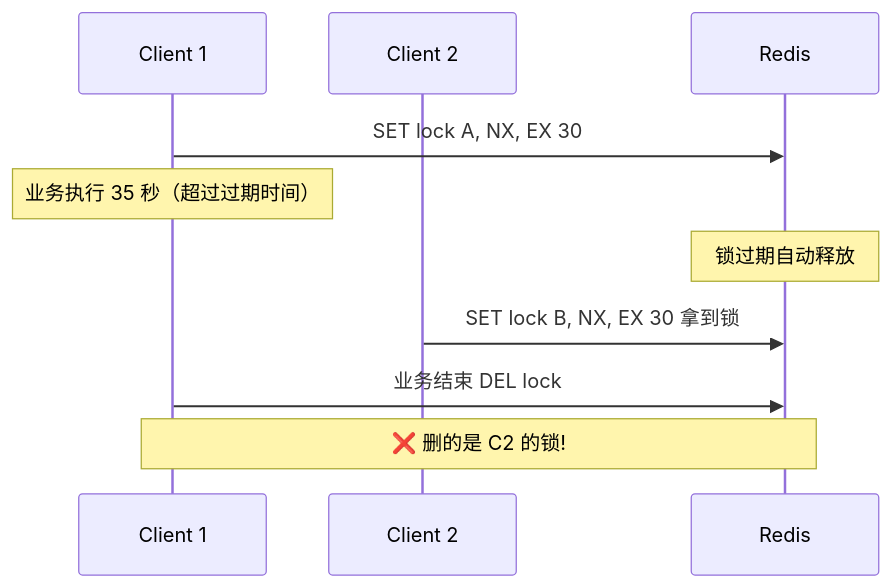
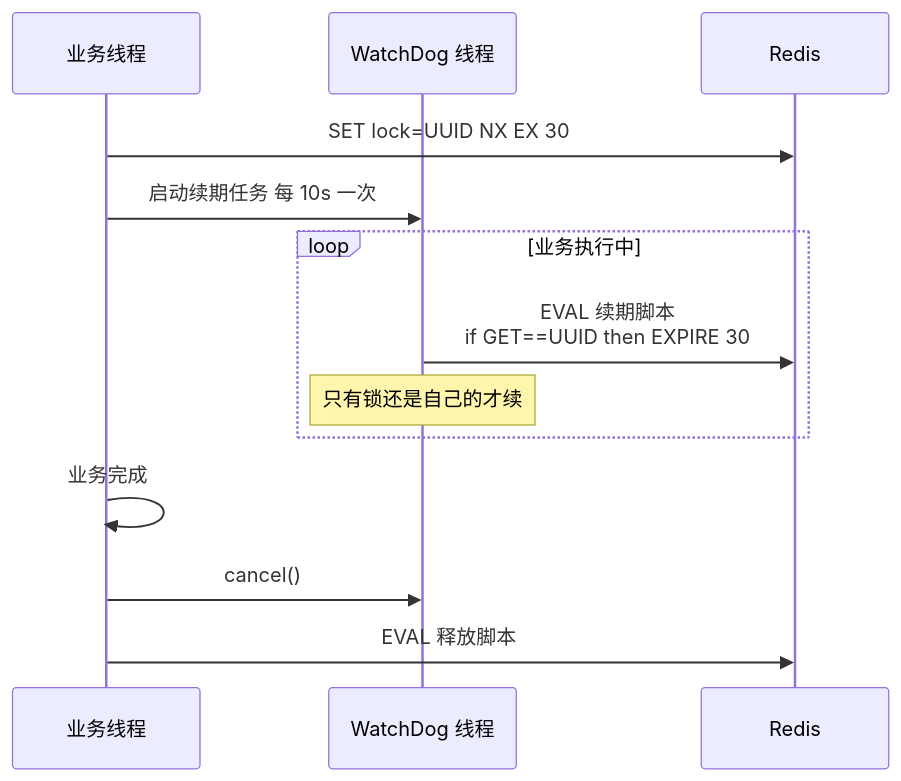
One commit to chongyang211/YCBookBlog changed the seventh of 11 diagrams in docs/10.真经/05.方案设计思想/15.分布式锁方案设计.md. Above: the diagram before and after it, drawn with Mermaid. The commit also changed other lines of this file and 36 other files, not shown here.

````diff
--- a/docs/10.真经/05.方案设计思想/15.分布式锁方案设计.md
+++ b/docs/10.真经/05.方案设计思想/15.分布式锁方案设计.md
@@ -307,14 +376,15 @@
 ```mermaid
 sequenceDiagram
-    participant C1 as Client 1
-    participant C2 as Client 2
-    participant Redis as Redis
-    
-    C1->>Redis: SET lock A, NX, EX 30
-    Note over C1: 业务执行 35 秒（超过过期时间）
-    Note over Redis: 锁过期自动释放
-    C2->>Redis: SET lock B, NX, EX 30 拿到锁
-    
-    C1->>Redis: 业务结束 DEL lock
-    Note over C1,Redis: ❌ 删的是 C2 的锁!
+    participant App as 业务线程
+    participant WD as WatchDog 线程
+    participant R as Redis
+    App->>R: SET lock=UUID NX EX 30
+    App->>WD: 启动续期任务 每 10s 一次
+    loop 业务执行中
+        WD->>R: EVAL 续期脚本<br/>if GET==UUID then EXPIRE 30
+        Note over WD: 只有锁还是自己的才续
+    end
+    App->>App: 业务完成
+    App->>WD: cancel()
+    App->>R: EVAL 释放脚本
 ```
````
